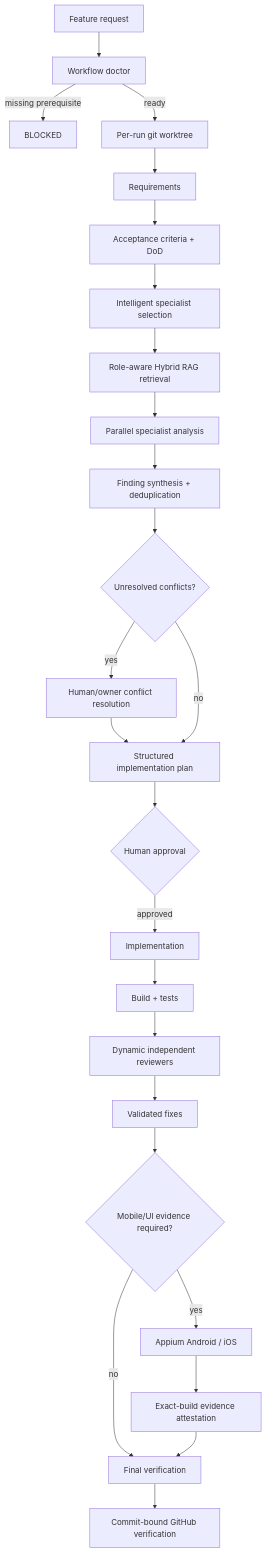
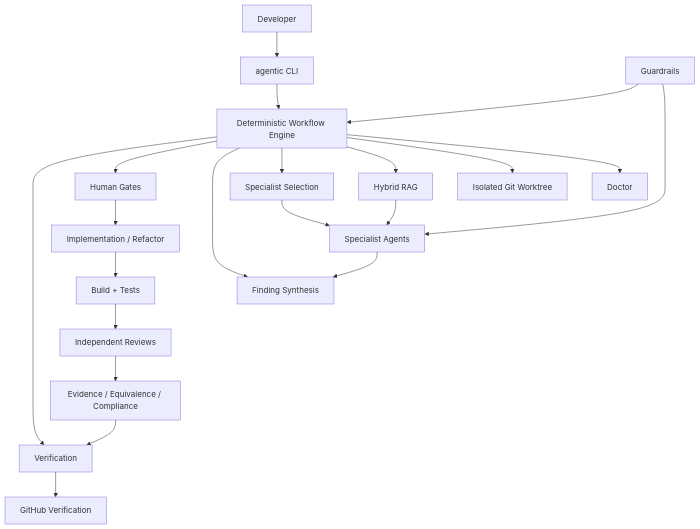
One commit to mohamedma872/ai-agent-workflow-kit changed the first of 2 diagrams in README.md. Above: the diagram before and after it, drawn with Mermaid. The commit also changed other lines of this file, not shown here.

````diff
--- a/README.md
+++ b/README.md
@@ -48,33 +158,27 @@
 ```mermaid
 flowchart TD
-    A[Feature request] --> D[Workflow doctor]
-    D -->|missing prerequisite| X[BLOCKED]
-    D -->|ready| W[Per-run git worktree]
+    U[Developer] --> CLI[agentic CLI]
+    CLI --> ENG[Deterministic Workflow Engine]
 
-    W --> R[Requirements]
-    R --> AC[Acceptance criteria + DoD]
-    AC --> S[Intelligent specialist selection]
+    ENG --> DOC[Doctor]
+    ENG --> WT[Isolated Git Worktree]
+    ENG --> RAG[Hybrid RAG]
+    ENG --> SEL[Specialist Selection]
+    ENG --> SYN[Finding Synthesis]
+    ENG --> GATE[Human Gates]
+    ENG --> VER[Verification]
 
-    S --> RG[Role-aware Hybrid RAG retrieval]
-    RG --> AN[Parallel specialist analysis]
-    AN --> SY[Finding synthesis + deduplication]
-    SY --> C{Unresolved conflicts?}
-    C -->|yes| HR[Human/owner conflict resolution]
-    HR --> P
-    C -->|no| P[Structured implementation plan]
+    RAG --> AG[Specialist Agents]
+    SEL --> AG
+    AG --> SYN
 
-    P --> H{Human approval}
-    H -->|approved| I[Implementation]
-    I --> T[Build + tests]
+    GUARD[Guardrails] --> AG
+    GUARD --> ENG
 
-    T --> RS[Dynamic independent reviewers]
-    RS --> F[Validated fixes]
-
-    F --> M{Mobile/UI evidence required?}
-    M -->|yes| AP[Appium Android / iOS]
-    AP --> E[Exact-build evidence attestation]
-    M -->|no| FV[Final verification]
-    E --> FV
-
-    FV --> G[Commit-bound GitHub verification]
+    GATE --> IMP[Implementation / Refactor]
+    IMP --> TEST[Build + Tests]
+    TEST --> REV[Independent Reviews]
+    REV --> EVID[Evidence / Equivalence / Compliance]
+    EVID --> VER
+    VER --> GH[GitHub Verification]
 ```
````
